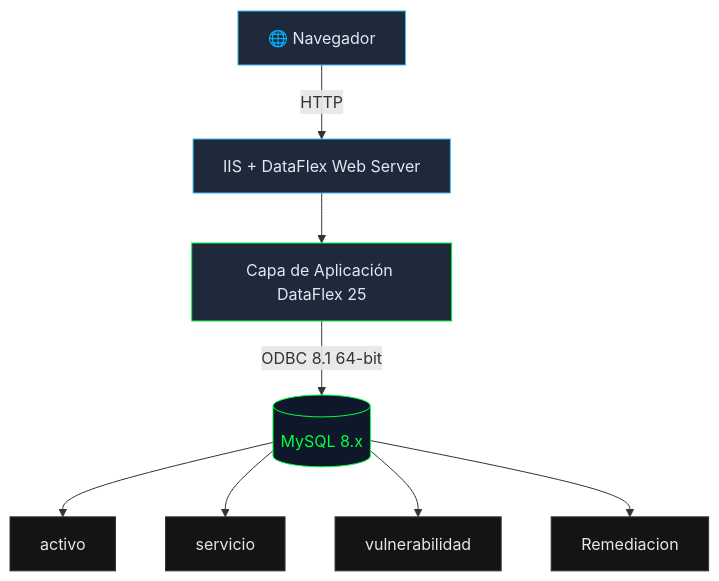
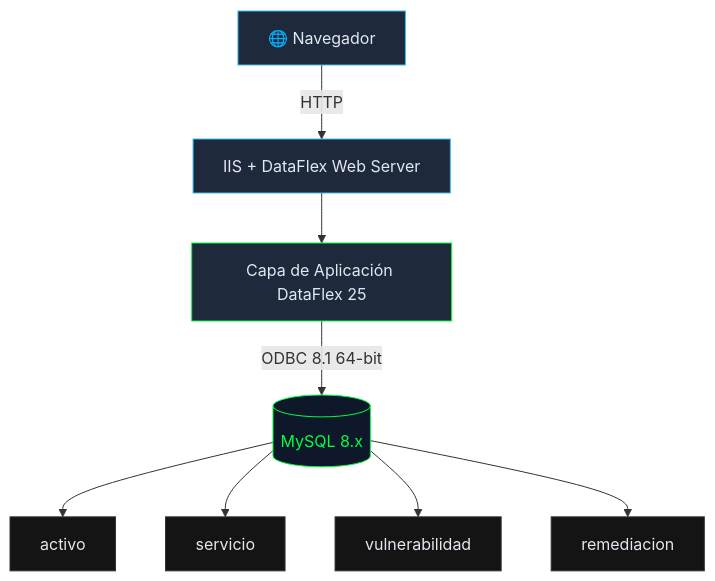
Before and after one commit to JesusQP10/VulnTrack: the diagram in README.md, drawn with Mermaid.

````diff
--- a/README.md
+++ b/README.md
@@ -41,19 +41,19 @@
 ```mermaid
 graph TD
-    A[🌐 Navegador] -->|HTTP| B[IIS + DataFlex Web Server]
-    B --> C[Capa de Aplicación DataFlex 25]
-    C -->|ODBC 8.1 64-bit| D[(MySQL 8.x)]
-    D --> E[activo]
-    D --> F[servicio]
-    D --> G[vulnerabilidad]
-    D --> H[Remediacion]
+    A["🌐 Navegador"] -->|"HTTP"| B["IIS + DataFlex Web Server"]
+    B --> C["Capa de Aplicación DataFlex 25"]
+    C -->|"ODBC 8.1 64-bit"| D[("MySQL 8.x")]
+    D --> E["activo"]
+    D --> F["servicio"]
+    D --> G["vulnerabilidad"]
+    D --> H["remediacion"]
 
     style A fill:#1e293b,stroke:#38bdf8,color:#e2e8f0
     style B fill:#1e293b,stroke:#38bdf8,color:#e2e8f0
     style C fill:#1e293b,stroke:#00ff41,color:#e2e8f0
     style D fill:#0f172a,stroke:#00ff41,color:#00ff41
     style E fill:#141414,stroke:#333,color:#e2e8f0
     style F fill:#141414,stroke:#333,color:#e2e8f0
     style G fill:#141414,stroke:#333,color:#e2e8f0
     style H fill:#141414,stroke:#333,color:#e2e8f0
 ```
````
